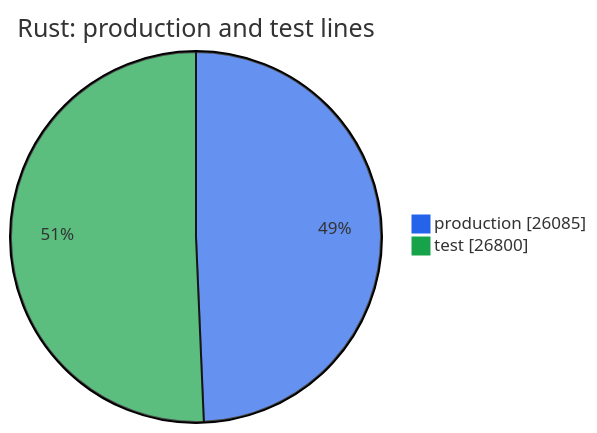
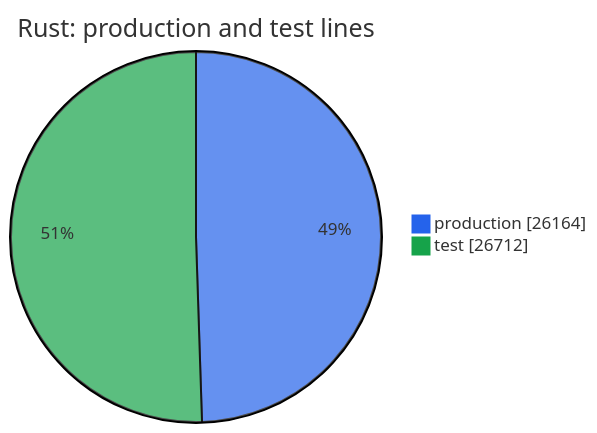
One commit to thomascherickal/ferrum-gpu changed the second of 2 diagrams in metrics.md. Above: the diagram before and after it, drawn with Mermaid. The commit also changed other lines of this file and 9 other files, not shown here.

````diff
--- a/metrics.md
+++ b/metrics.md
@@ -35,6 +35,6 @@
 ```mermaid
 %%{init: {"theme": "base", "themeVariables": {"pie1": "#2563eb", "pie2": "#16a34a", "pie3": "#d97706", "pie4": "#db2777", "pie5": "#7c3aed", "pie6": "#0891b2", "pie7": "#65a30d", "pie8": "#dc2626"}}}%%
 pie showData title Rust: production and test lines
-    "production" : 26085
-    "test" : 26800
+    "production" : 26164
+    "test" : 26712
 ```
````
